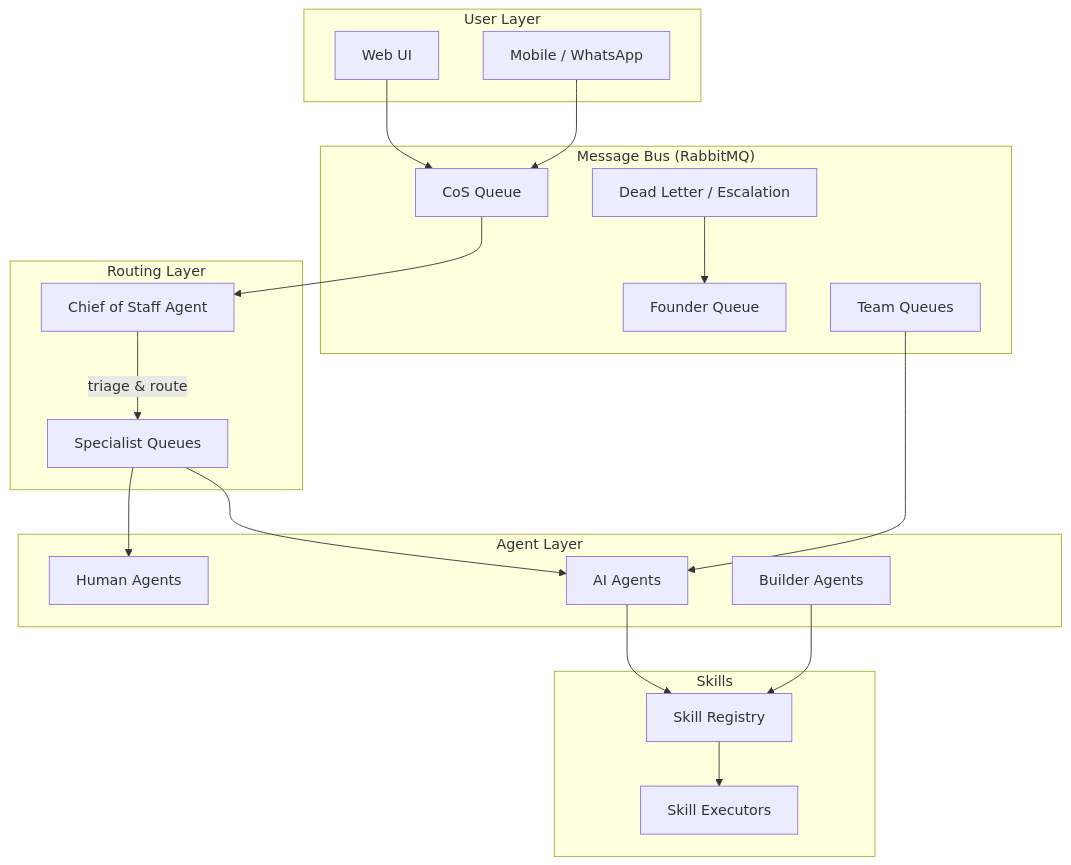
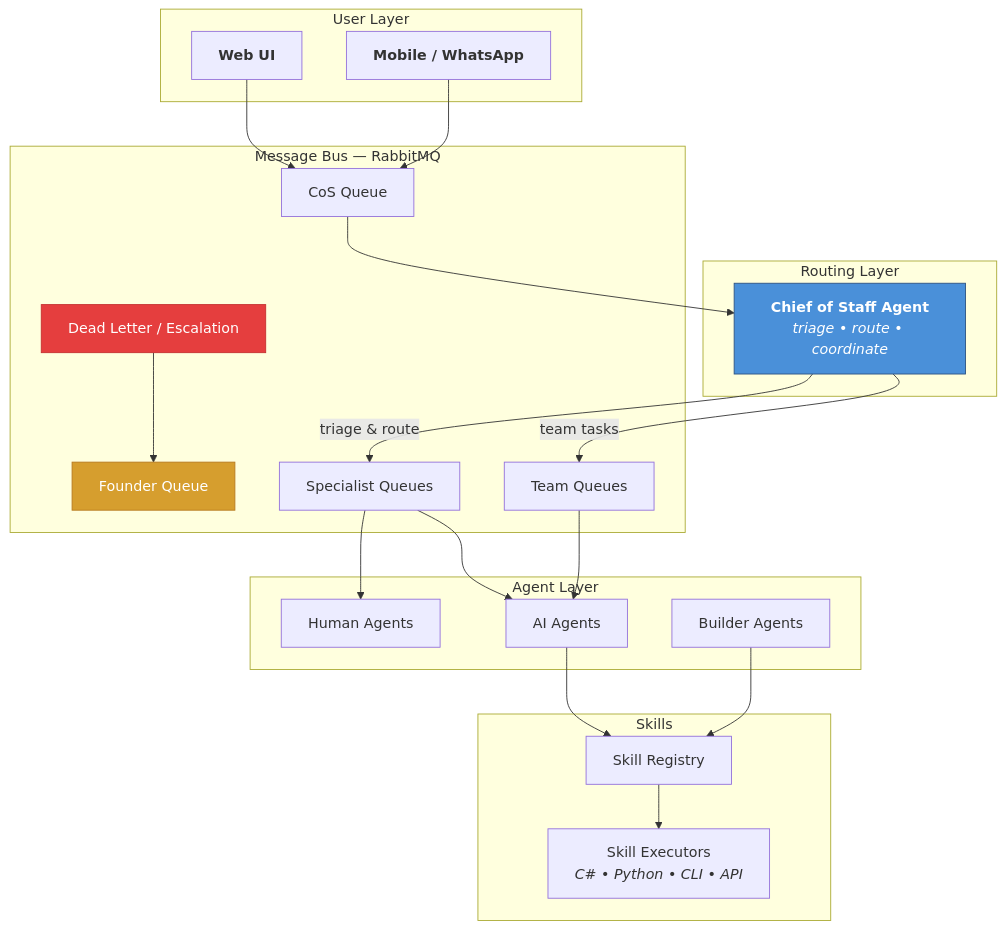
One commit to dbhq-uk/cortex changed the diagram in README.md. Above: the diagram before and after it, drawn with Mermaid. The commit also changed other lines of this file, not shown here.

Commit message:
docs: redesign README with compelling visuals, code examples, and roadmap

````diff
--- a/README.md
+++ b/README.md
@@ -15,42 +48,47 @@
 ```mermaid
 graph TB
     subgraph "User Layer"
-        WEB[Web UI]
-        MOB[Mobile / WhatsApp]
+        WEB["<b>Web UI</b>"]
+        MOB["<b>Mobile / WhatsApp</b>"]
     end
 
     subgraph "Routing Layer"
-        COS[Chief of Staff Agent]
-        COS -->|triage & route| SQ
+        COS["<b>Chief of Staff Agent</b><br/><i>triage &bull; route &bull; coordinate</i>"]
     end
 
-    subgraph "Message Bus (RabbitMQ)"
-        FQ[Founder Queue]
-        CQ[CoS Queue]
-        SQ[Specialist Queues]
-        TQ[Team Queues]
-        DLQ[Dead Letter / Escalation]
+    subgraph "Message Bus &mdash; RabbitMQ"
+        FQ["Founder Queue"]
+        CQ["CoS Queue"]
+        SQ["Specialist Queues"]
+        TQ["Team Queues"]
+        DLQ["Dead Letter / Escalation"]
     end
 
     subgraph "Agent Layer"
-        HA[Human Agents]
-        AA[AI Agents]
-        BA[Builder Agents]
+        HA["Human Agents"]
+        AA["AI Agents"]
+        BA["Builder Agents"]
     end
 
     subgraph "Skills"
-        SR[Skill Registry]
-        SE[Skill Executors]
+        SR["Skill Registry"]
+        SE["Skill Executors<br/><i>C# &bull; Python &bull; CLI &bull; API</i>"]
     end
 
     WEB --> CQ
     MOB --> CQ
     CQ --> COS
+    COS -->|triage & route| SQ
+    COS -->|team tasks| TQ
     SQ --> HA
     SQ --> AA
     TQ --> AA
     AA --> SR
     BA --> SR
     SR --> SE
     DLQ --> FQ
+
+    style COS fill:#4a90d9,stroke:#2c5282,color:#ffffff
+    style DLQ fill:#e53e3e,stroke:#c53030,color:#ffffff
+    style FQ fill:#d69e2e,stroke:#b7791f,color:#ffffff
 ```
````
